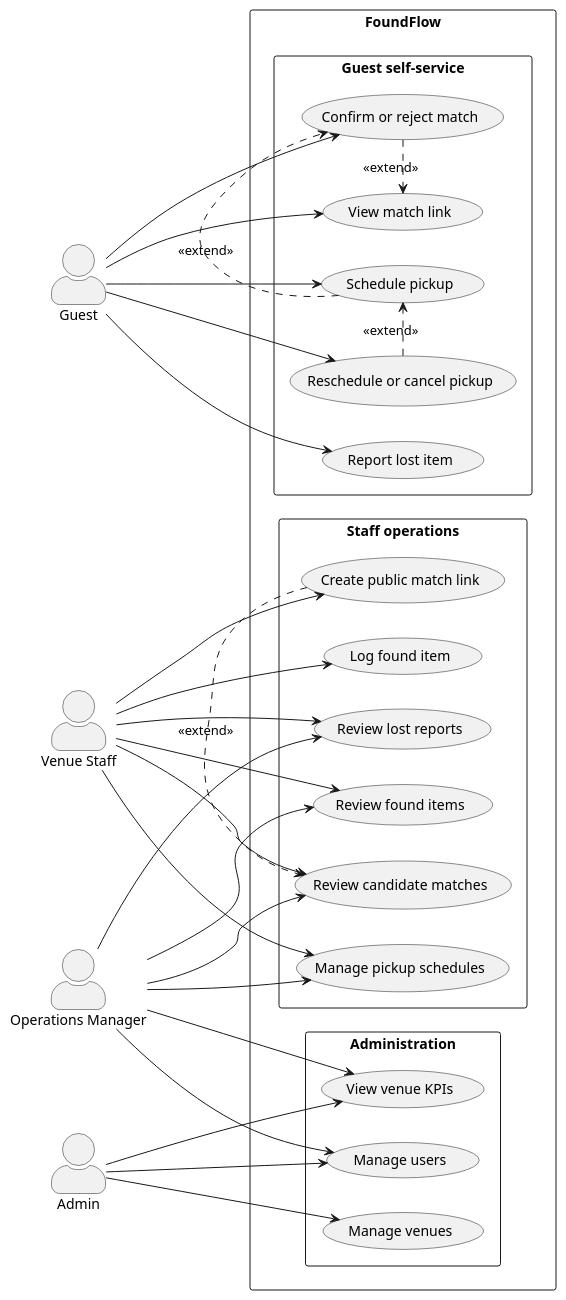
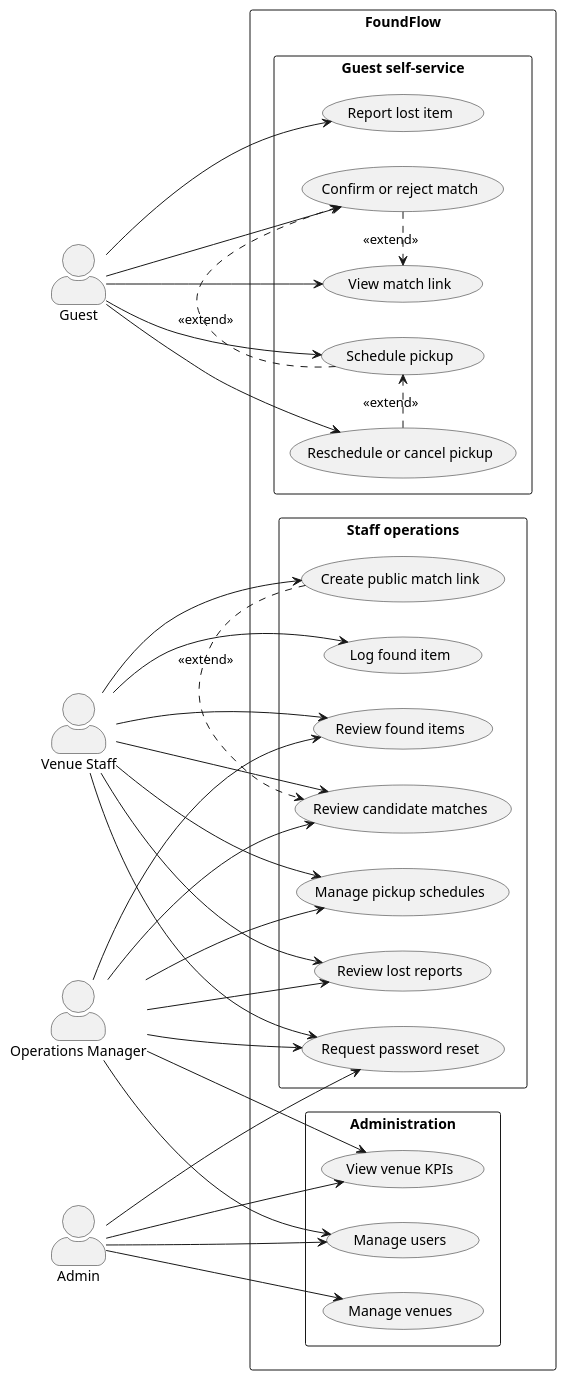
The diagram in docs/diagrams/use-case-diagram.puml (AET-DevOps26/team-chaos-monkeys), drawn with PlantUML before and after one commit. The commit also changed 16 other files, not shown here.

```diff
--- a/docs/diagrams/use-case-diagram.puml
+++ b/docs/diagrams/use-case-diagram.puml
@@ -1,64 +1,68 @@
 @startuml
 left to right direction
 skinparam actorStyle awesome
 skinparam packageStyle rectangle
 
 actor Guest
 actor "Venue Staff" as Staff
 actor "Operations Manager" as Ops
 actor Admin
 
 rectangle "FoundFlow" {
   package "Guest self-service" {
     usecase "Report lost item" as UC_ReportLost
     usecase "View match link" as UC_ViewMatch
     usecase "Confirm or reject match" as UC_ConfirmMatch
     usecase "Schedule pickup" as UC_SchedulePickup
     usecase "Reschedule or cancel pickup" as UC_ManagePickup
   }
 
   package "Staff operations" {
+    usecase "Request password reset" as UC_ResetPassword
     usecase "Log found item" as UC_LogFound
     usecase "Review found items" as UC_ReviewFound
     usecase "Review lost reports" as UC_ReviewLost
     usecase "Review candidate matches" as UC_ReviewMatches
     usecase "Create public match link" as UC_PublicLink
     usecase "Manage pickup schedules" as UC_PickupSchedules
   }
 
   package "Administration" {
     usecase "Manage venues" as UC_Venues
     usecase "View venue KPIs" as UC_Kpis
     usecase "Manage users" as UC_Users
   }
 }
 
 Guest --> UC_ReportLost
 Guest --> UC_ViewMatch
 Guest --> UC_ConfirmMatch
 Guest --> UC_SchedulePickup
 Guest --> UC_ManagePickup
 
 Staff --> UC_LogFound
+Staff --> UC_ResetPassword
 Staff --> UC_ReviewFound
 Staff --> UC_ReviewLost
 Staff --> UC_ReviewMatches
 Staff --> UC_PublicLink
 Staff --> UC_PickupSchedules
 
 Ops --> UC_ReviewFound
 Ops --> UC_ReviewLost
 Ops --> UC_ReviewMatches
 Ops --> UC_PickupSchedules
 Ops --> UC_Kpis
 Ops --> UC_Users
+Ops --> UC_ResetPassword
 
 Admin --> UC_Venues
 Admin --> UC_Kpis
 Admin --> UC_Users
+Admin --> UC_ResetPassword
 
 UC_ConfirmMatch .> UC_ViewMatch : <<extend>>
 UC_SchedulePickup .> UC_ConfirmMatch : <<extend>>
 UC_ManagePickup .> UC_SchedulePickup : <<extend>>
 UC_PublicLink .> UC_ReviewMatches : <<extend>>
 @enduml
```
